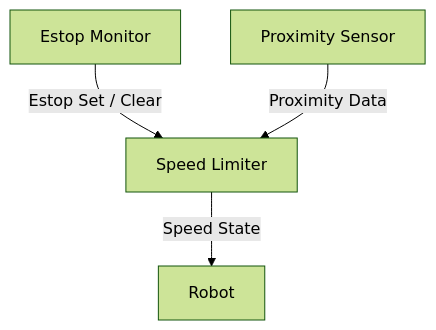
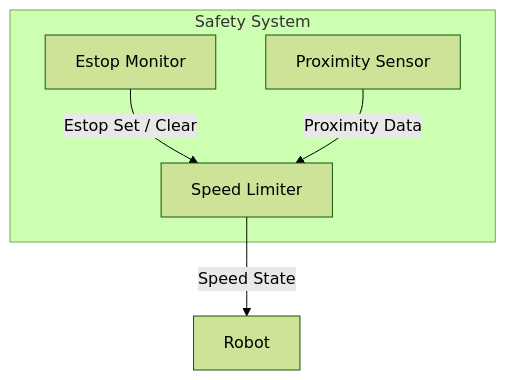
The diagram in docs/node_interactions.md (tantinlala/analog-garage-robotics-sw-challenge), drawn with Mermaid (forest theme) before and after one commit. The commit also changed other lines of this file and 2 other files, not shown here.

````diff
--- a/docs/node_interactions.md
+++ b/docs/node_interactions.md
@@ -4,9 +4,11 @@
 ```mermaid
 flowchart TD
+    subgraph "Safety System"
     Estop@{ label: "Estop Monitor" }
     Proximity@{ label: "Proximity Sensor" }
     Speed@{ label: "Speed Limiter" }
     Estop-- Estop Set / Clear -->Speed
     Proximity-- Proximity Data -->Speed
+    end
     Speed-- Speed State -->Robot
 ```
````
